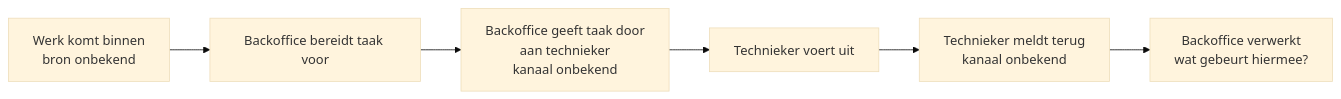
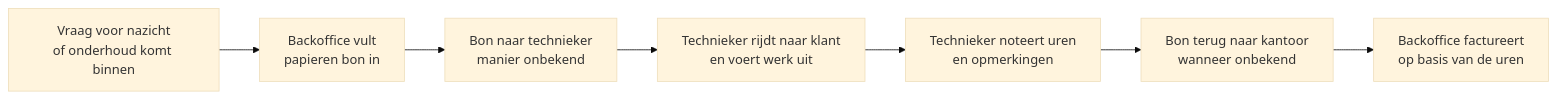
Before and after one commit to JurgenGeys/ClaudeProject-test1: the first of 3 diagrams in docs/analysis/taakplanning.md, drawn with Mermaid (base theme). The commit also changed other lines of this file, not shown here.

````diff
--- a/docs/analysis/taakplanning.md
+++ b/docs/analysis/taakplanning.md
@@ -65,8 +75,9 @@
 ```mermaid
 flowchart LR
-    A[Werk komt binnen<br/>bron onbekend] --> B[Backoffice bereidt taak voor]
-    B --> C[Backoffice geeft taak door<br/>aan technieker<br/>kanaal onbekend]
-    C --> D[Technieker voert uit]
-    D --> E[Technieker meldt terug<br/>kanaal onbekend]
-    E --> F[Backoffice verwerkt<br/>wat gebeurt hiermee?]
+    A[Vraag voor nazicht<br/>of onderhoud komt binnen] --> B[Backoffice vult<br/>papieren bon in]
+    B --> C[Bon naar technieker<br/>manier onbekend]
+    C --> D[Technieker rijdt naar klant<br/>en voert werk uit]
+    D --> E[Technieker noteert uren<br/>en opmerkingen]
+    E --> F[Bon terug naar kantoor<br/>wanneer onbekend]
+    F --> G[Backoffice factureert<br/>op basis van de uren]
 ```
````
